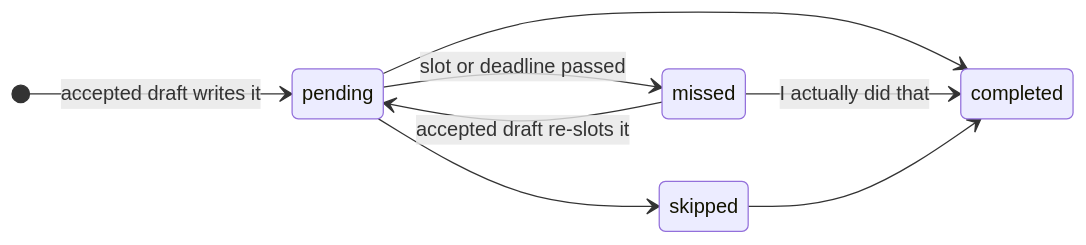
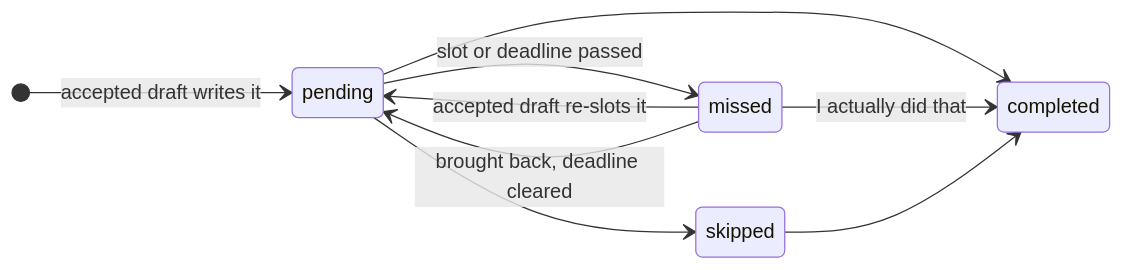
One commit to HackHeroic/Jarvis-Engine changed the fifth of 5 diagrams in docs/capstone/05-design-patterns.md. Above: the diagram before and after it, drawn with Mermaid. The commit also changed other lines of this file and 8 other files, not shown here.

````diff
--- a/docs/capstone/05-design-patterns.md
+++ b/docs/capstone/05-design-patterns.md
@@ -363,11 +364,12 @@
 ```mermaid
 stateDiagram-v2
     direction LR
     [*] --> pending : accepted draft writes it
     pending --> completed
     pending --> skipped
     pending --> missed : slot or deadline passed
     missed --> completed : I actually did that
     skipped --> completed
     missed --> pending : accepted draft re-slots it
+    missed --> pending : brought back, deadline cleared
 ```
````
